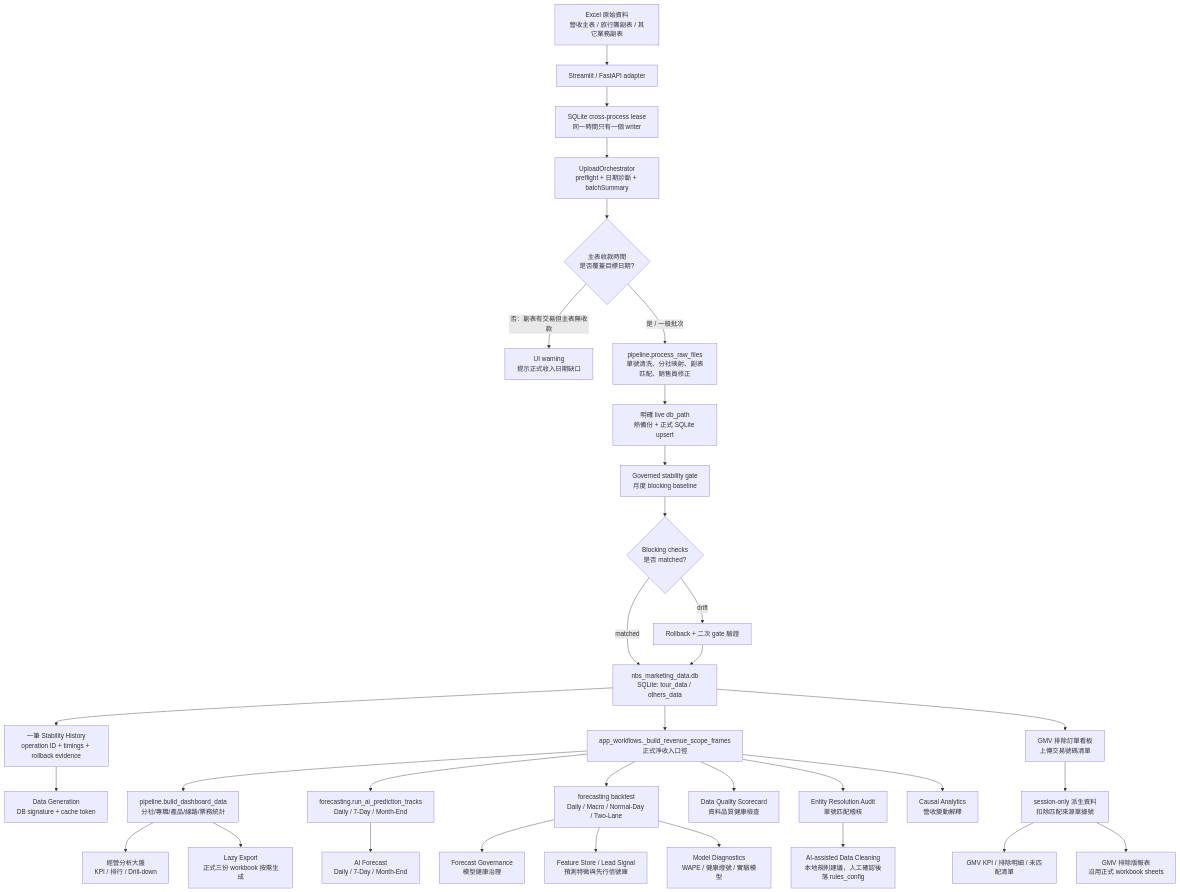
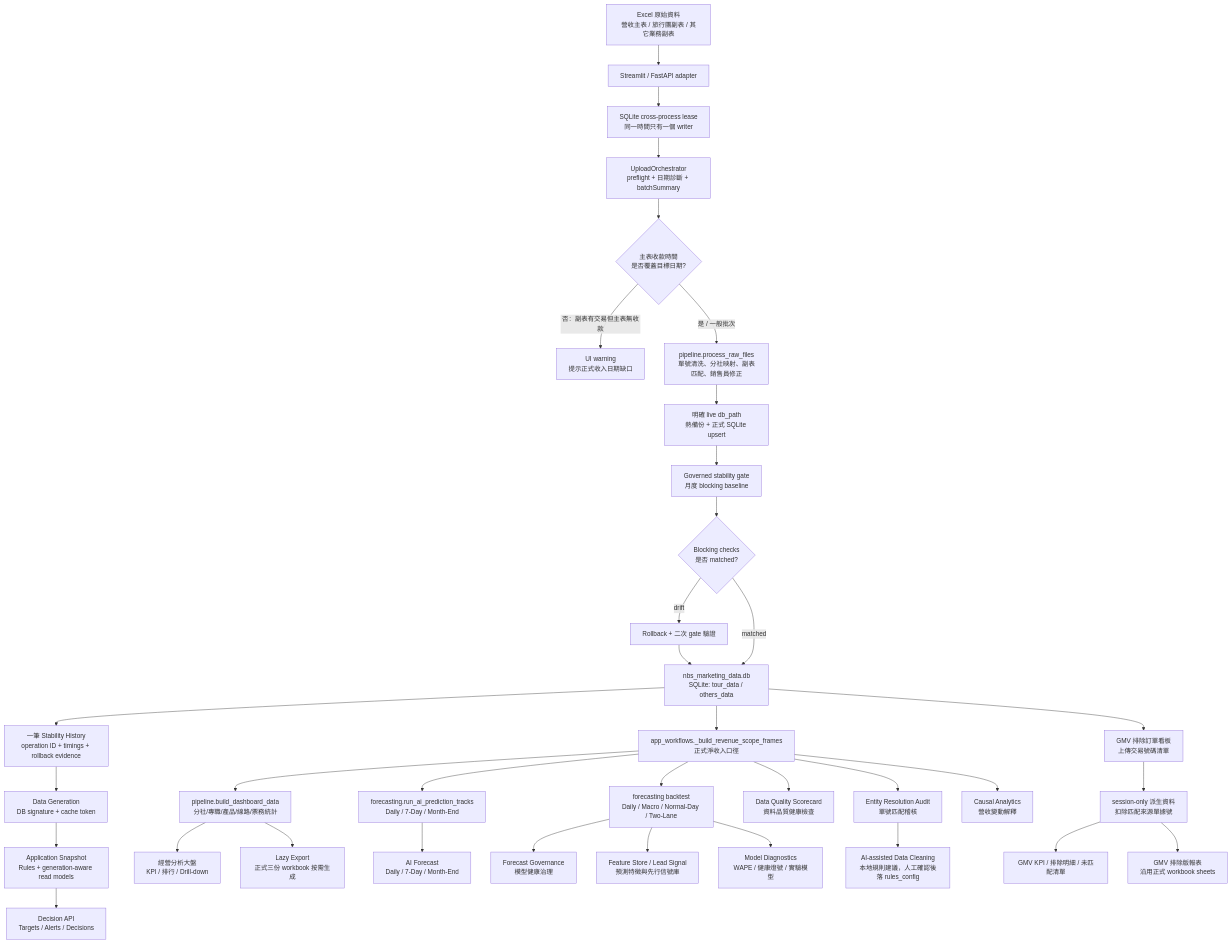
Before and after one commit to waitungchan-oss/nbs_analytics: the diagram in NBS_ANALYTICS_SYSTEM_MAP.md, drawn with Mermaid. The commit also changed other lines of this file and 3 other files, not shown here.

Commit message:
docs: verify application snapshot contract

````diff
--- a/NBS_ANALYTICS_SYSTEM_MAP.md
+++ b/NBS_ANALYTICS_SYSTEM_MAP.md
@@ -43,36 +44,38 @@
 ```mermaid
 flowchart TD
     A["Excel 原始資料\n營收主表 / 旅行團副表 / 其它業務副表"] --> A1["Streamlit / FastAPI adapter"]
     A1 --> A2["SQLite cross-process lease\n同一時間只有一個 writer"]
     A2 --> B["UploadOrchestrator\npreflight + 日期診斷 + batchSummary"]
     B --> C{"主表收款時間\n是否覆蓋目標日期?"}
     C -- "否：副表有交易但主表無收款" --> W["UI warning\n提示正式收入日期缺口"]
     C -- "是 / 一般批次" --> D["pipeline.process_raw_files\n單號清洗、分社映射、副表匹配、銷售員修正"]
     D --> E["明確 live db_path\n熱備份 + 正式 SQLite upsert"]
     E --> E1["Governed stability gate\n月度 blocking baseline"]
     E1 --> E2{"Blocking checks\n是否 matched?"}
     E2 -- "drift" --> E3["Rollback + 二次 gate 驗證"]
     E2 -- "matched" --> F["nbs_marketing_data.db\nSQLite: tour_data / others_data"]
     E3 --> F
     F --> F1["一筆 Stability History\noperation ID + timings + rollback evidence"]
     F1 --> F2["Data Generation\nDB signature + cache token"]
+    F2 --> Z["Application Snapshot\nRules + generation-aware read models"]
+    Z --> Z1["Decision API\nTargets / Alerts / Decisions"]
     F --> G["app_workflows._build_revenue_scope_frames\n正式淨收入口徑"]
     G --> H["pipeline.build_dashboard_data\n分社/專職/產品/線路/票務統計"]
     G --> I["forecasting.run_ai_prediction_tracks\nDaily / 7-Day / Month-End"]
     G --> J["forecasting backtest\nDaily / Macro / Normal-Day / Two-Lane"]
     G --> S["Data Quality Scorecard\n資料品質健康檢查"]
     G --> T["Entity Resolution Audit\n單號匹配稽核"]
     G --> U["Causal Analytics\n營收變動解釋"]
     J --> V["Forecast Governance\n模型健康治理"]
     J --> X["Feature Store / Lead Signal\n預測特徵與先行信號庫"]
     H --> K["經營分析大盤\nKPI / 排行 / Drill-down"]
     I --> L["AI Forecast\nDaily / 7-Day / Month-End"]
     J --> M["Model Diagnostics\nWAPE / 健康燈號 / 實驗模型"]
     H --> N["Lazy Export\n正式三份 workbook 按需生成"]
     T --> Y["AI-assisted Data Cleaning\n本地規則建議，人工確認後落 rules_config"]
 
     F --> O["GMV 排除訂單看板\n上傳交易號碼清單"]
     O --> P["session-only 派生資料\n扣除匹配來源單據號"]
     P --> Q["GMV KPI / 排除明細 / 未匹配清單"]
     P --> R["GMV 排除版報表\n沿用正式 workbook sheets"]
 ```
````
